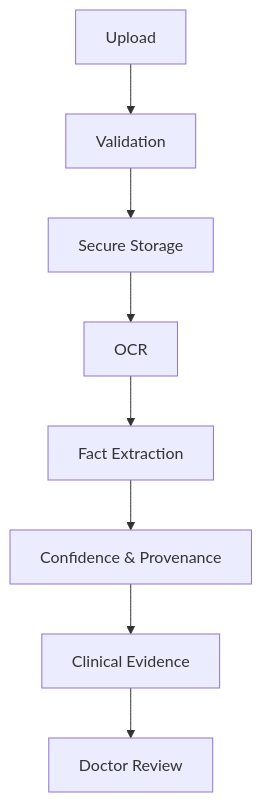
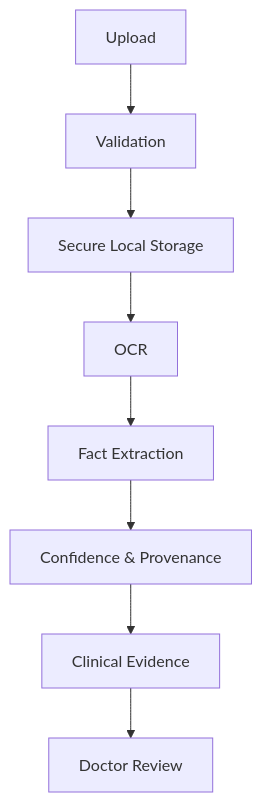
The sixth of 15 diagrams in README.md (OmkarD09/SwasthyaVaani), drawn with Mermaid before and after one commit. The commit also changed other lines of this file and 16 other files, not shown here.

````diff
--- a/README.md
+++ b/README.md
@@ -195,10 +386,10 @@
 ```mermaid
 flowchart TD
     A[Upload] --> B[Validation]
-    B --> C[Secure Storage]
+    B --> C[Secure Local Storage]
     C --> D[OCR]
     D --> E[Fact Extraction]
     E --> F["Confidence & Provenance"]
     F --> G[Clinical Evidence]
     G --> H[Doctor Review]
 ```
````
